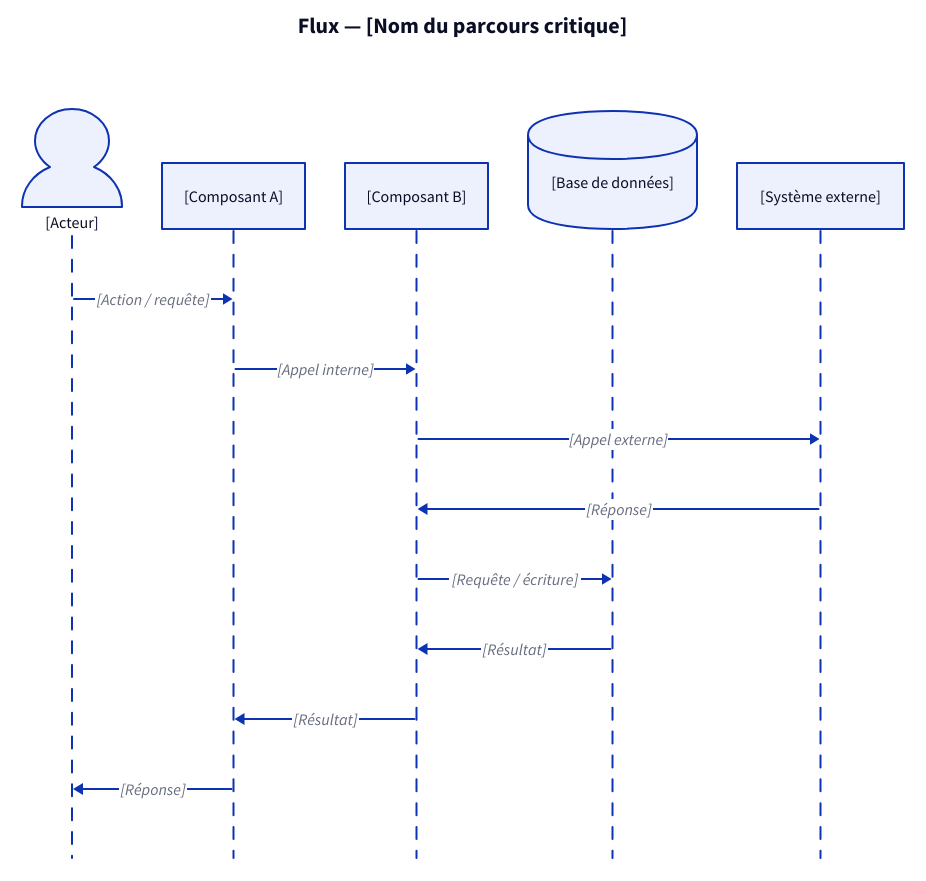
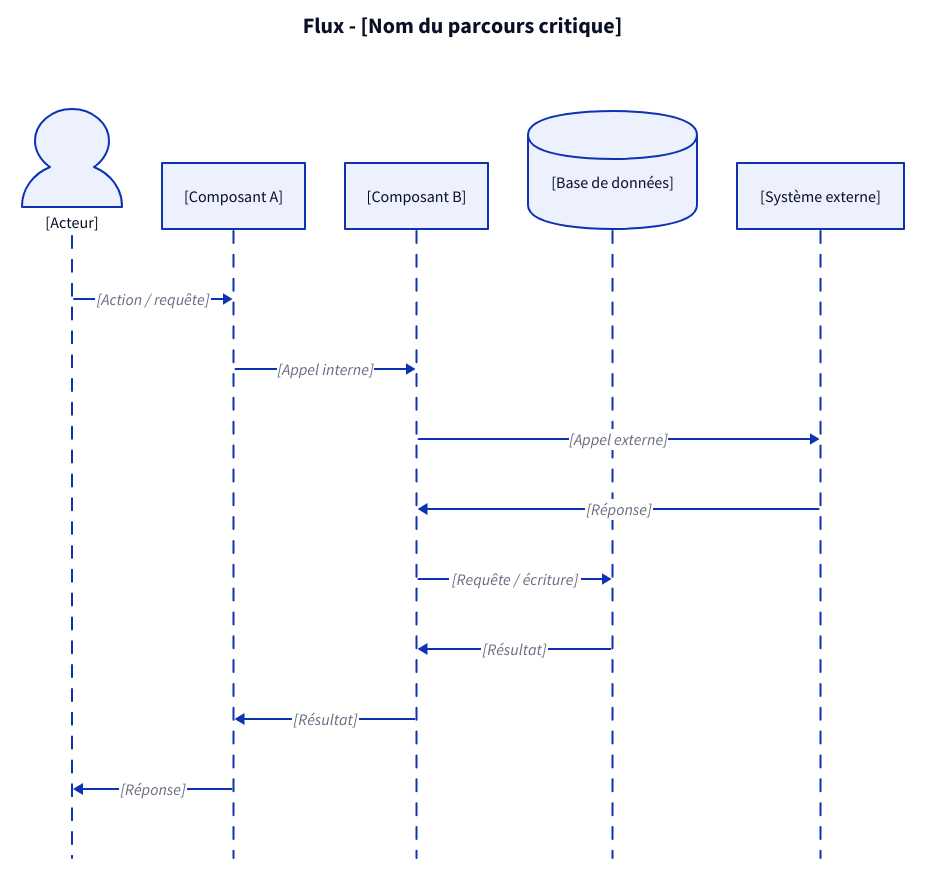
One commit to CGI-Shapsha-Factory/CGI-Factory-AI changed the third of 5 diagrams in architecte/templates/diagrammes.md. Above: the diagram before and after it, drawn with D2. The commit also changed other lines of this file and 124 other files, not shown here.

````diff
--- a/architecte/templates/diagrammes.md
+++ b/architecte/templates/diagrammes.md
@@ -93,22 +93,22 @@
 ```d2 theme=0
-title: "Flux — [Nom du parcours critique]" { near: top-center; shape: text; style.font-size: 22; style.bold: true }
+title: "Flux - [Nom du parcours critique]" { near: top-center; shape: text; style.font-size: 22; style.bold: true }
 
 flow: "" {
   shape: sequence_diagram
 
   user: "[Acteur]" { shape: person }
   a: "[Composant A]"
   b: "[Composant B]"
   db: "[Base de données]" { shape: cylinder }
   ext: "[Système externe]"
 
   user -> a: "[Action / requête]"
   a -> b: "[Appel interne]"
   b -> ext: "[Appel externe]"
   ext -> b: "[Réponse]"
   b -> db: "[Requête / écriture]"
   db -> b: "[Résultat]"
   b -> a: "[Résultat]"
   a -> user: "[Réponse]"
 }
 ```
````
